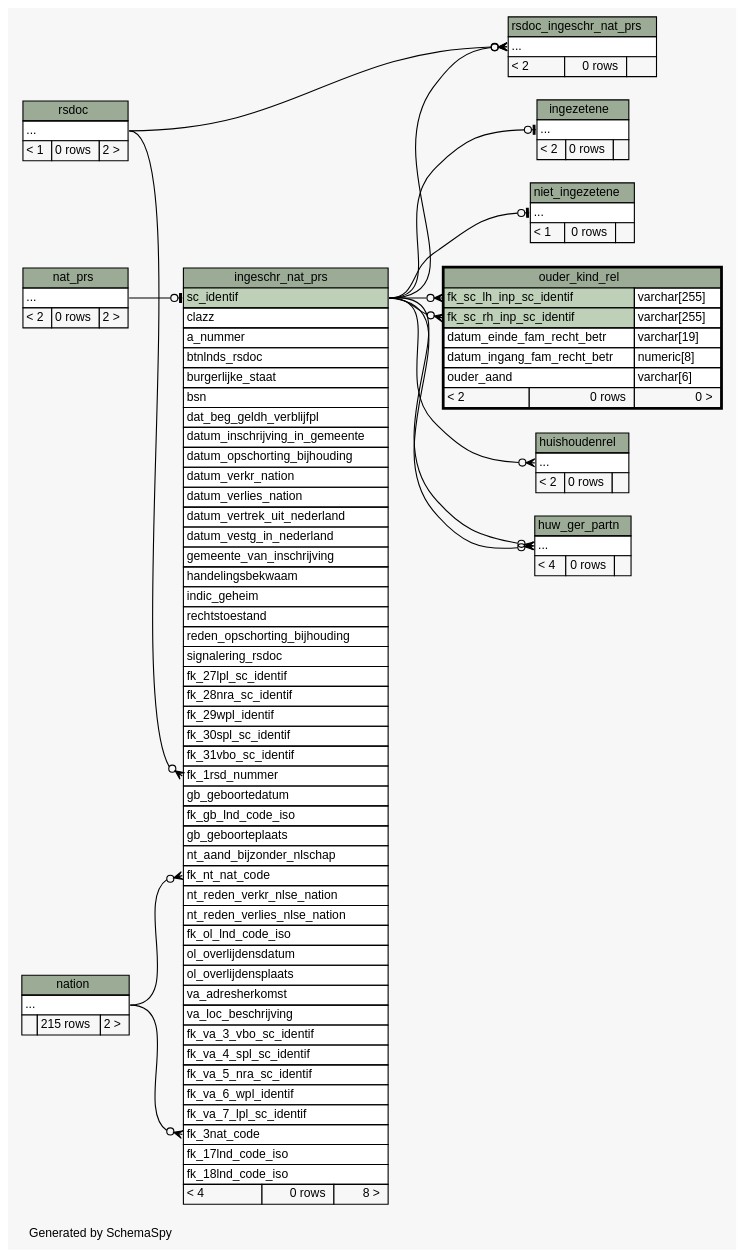
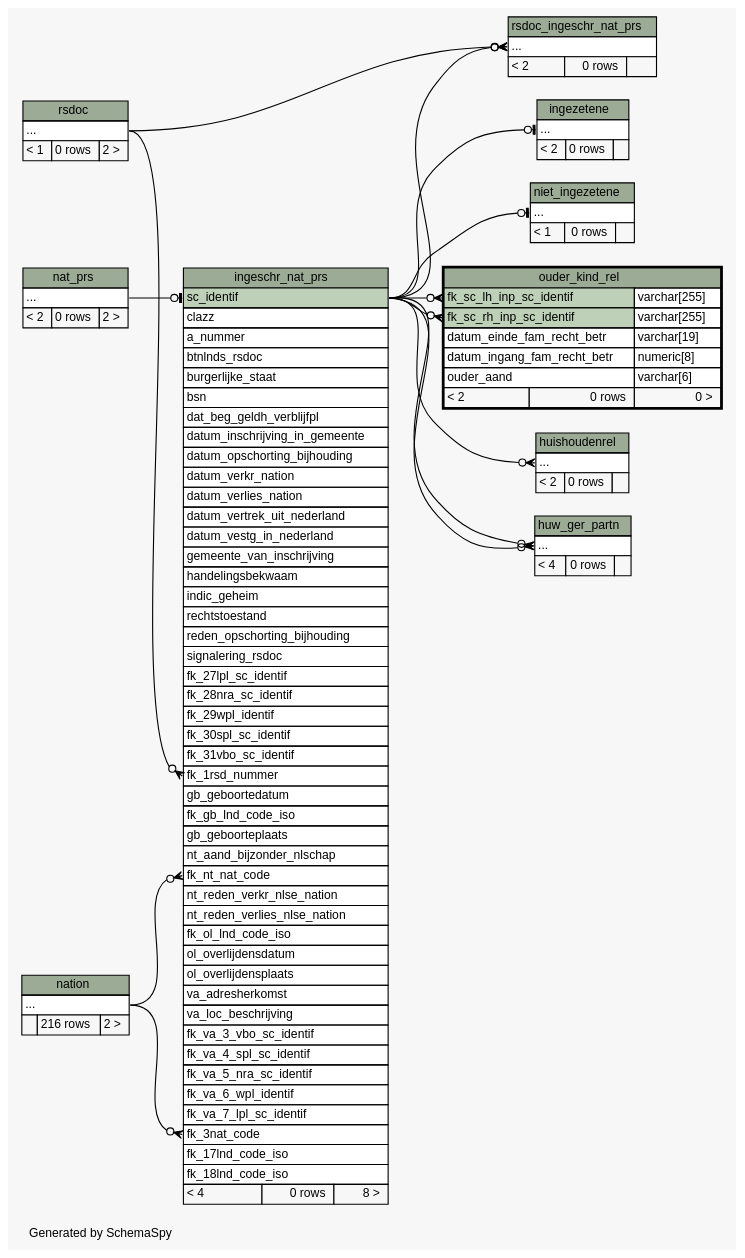
Before and after one commit to B3Partners/brmo: the diagram in datamodel/schemaspy/diagrams/ouder_kind_rel.2degrees.dot, drawn with Graphviz. The commit also changed 5920 other files, not shown here.

```diff
--- a/datamodel/schemaspy/diagrams/ouder_kind_rel.2degrees.dot
+++ b/datamodel/schemaspy/diagrams/ouder_kind_rel.2degrees.dot
@@ -1,183 +1,183 @@
-// dot 2.40.1 on Linux 5.0.0-36-generic
+// dot 2.40.1 on Linux 5.3.0-40-generic
 // SchemaSpy rev Unknown
 digraph "twoDegreesRelationshipsDiagram" {
   graph [
     rankdir="RL"
     bgcolor="#f7f7f7"
     label="\nGenerated by SchemaSpy"
     labeljust="l"
     nodesep="0.18"
     ranksep="0.46"
     fontname="Helvetica"
     fontsize="11"
   ];
   node [
     fontname="Helvetica"
     fontsize="11"
     shape="plaintext"
   ];
   edge [
     arrowsize="0.8"
   ];
   "huishoudenrel":"elipses":w -> "ingeschr_nat_prs":"sc_identif":e [arrowhead=none dir=back arrowtail=crowodot];
   "huw_ger_partn":"elipses":w -> "ingeschr_nat_prs":"sc_identif":e [arrowhead=none dir=back arrowtail=crowodot];
   "huw_ger_partn":"elipses":w -> "ingeschr_nat_prs":"sc_identif":e [arrowhead=none dir=back arrowtail=crowodot];
   "ingeschr_nat_prs":"fk_1rsd_nummer":w -> "rsdoc":"elipses":e [arrowhead=none dir=back arrowtail=crowodot];
   "ingeschr_nat_prs":"fk_3nat_code":w -> "nation":"elipses":e [arrowhead=none dir=back arrowtail=crowodot];
   "ingeschr_nat_prs":"fk_nt_nat_code":w -> "nation":"elipses":e [arrowhead=none dir=back arrowtail=crowodot];
   "ingeschr_nat_prs":"sc_identif":w -> "nat_prs":"elipses":e [arrowhead=none dir=back arrowtail=teeodot];
   "ingezetene":"elipses":w -> "ingeschr_nat_prs":"sc_identif":e [arrowhead=none dir=back arrowtail=teeodot];
   "niet_ingezetene":"elipses":w -> "ingeschr_nat_prs":"sc_identif":e [arrowhead=none dir=back arrowtail=teeodot];
   "ouder_kind_rel":"fk_sc_lh_inp_sc_identif":w -> "ingeschr_nat_prs":"sc_identif":e [arrowhead=none dir=back arrowtail=crowodot];
   "ouder_kind_rel":"fk_sc_rh_inp_sc_identif":w -> "ingeschr_nat_prs":"sc_identif":e [arrowhead=none dir=back arrowtail=crowodot];
   "rsdoc_ingeschr_nat_prs":"elipses":w -> "rsdoc":"elipses":e [arrowhead=none dir=back arrowtail=crowodot];
   "rsdoc_ingeschr_nat_prs":"elipses":w -> "ingeschr_nat_prs":"sc_identif":e [arrowhead=none dir=back arrowtail=crowodot];
   "huishoudenrel" [
     label=<
     <TABLE BORDER="0" CELLBORDER="1" CELLSPACING="0" BGCOLOR="#ffffff">
       <TR><TD COLSPAN="3" BGCOLOR="#9bab96" ALIGN="CENTER">huishoudenrel</TD></TR>
       <TR><TD PORT="elipses" COLSPAN="3" ALIGN="LEFT">...</TD></TR>
       <TR><TD ALIGN="LEFT" BGCOLOR="#f7f7f7">&lt; 2</TD><TD ALIGN="RIGHT" BGCOLOR="#f7f7f7">0 rows</TD><TD ALIGN="RIGHT" BGCOLOR="#f7f7f7">  </TD></TR>
     </TABLE>>
     URL="huishoudenrel.html"
     tooltip="huishoudenrel"
   ];
   "huw_ger_partn" [
     label=<
     <TABLE BORDER="0" CELLBORDER="1" CELLSPACING="0" BGCOLOR="#ffffff">
       <TR><TD COLSPAN="3" BGCOLOR="#9bab96" ALIGN="CENTER">huw_ger_partn</TD></TR>
       <TR><TD PORT="elipses" COLSPAN="3" ALIGN="LEFT">...</TD></TR>
       <TR><TD ALIGN="LEFT" BGCOLOR="#f7f7f7">&lt; 4</TD><TD ALIGN="RIGHT" BGCOLOR="#f7f7f7">0 rows</TD><TD ALIGN="RIGHT" BGCOLOR="#f7f7f7">  </TD></TR>
     </TABLE>>
     URL="huw_ger_partn.html"
     tooltip="huw_ger_partn"
   ];
   "ingeschr_nat_prs" [
     label=<
     <TABLE BORDER="0" CELLBORDER="1" CELLSPACING="0" BGCOLOR="#ffffff">
       <TR><TD COLSPAN="3" BGCOLOR="#9bab96" ALIGN="CENTER">ingeschr_nat_prs</TD></TR>
       <TR><TD PORT="sc_identif" COLSPAN="3" BGCOLOR="#bed1b8" ALIGN="LEFT">sc_identif</TD></TR>
       <TR><TD PORT="clazz" COLSPAN="3" ALIGN="LEFT">clazz</TD></TR>
       <TR><TD PORT="a_nummer" COLSPAN="3" ALIGN="LEFT">a_nummer</TD></TR>
       <TR><TD PORT="btnlnds_rsdoc" COLSPAN="3" ALIGN="LEFT">btnlnds_rsdoc</TD></TR>
       <TR><TD PORT="burgerlijke_staat" COLSPAN="3" ALIGN="LEFT">burgerlijke_staat</TD></TR>
       <TR><TD PORT="bsn" COLSPAN="3" ALIGN="LEFT">bsn</TD></TR>
       <TR><TD PORT="dat_beg_geldh_verblijfpl" COLSPAN="3" ALIGN="LEFT">dat_beg_geldh_verblijfpl</TD></TR>
       <TR><TD PORT="datum_inschrijving_in_gemeente" COLSPAN="3" ALIGN="LEFT">datum_inschrijving_in_gemeente</TD></TR>
       <TR><TD PORT="datum_opschorting_bijhouding" COLSPAN="3" ALIGN="LEFT">datum_opschorting_bijhouding</TD></TR>
       <TR><TD PORT="datum_verkr_nation" COLSPAN="3" ALIGN="LEFT">datum_verkr_nation</TD></TR>
       <TR><TD PORT="datum_verlies_nation" COLSPAN="3" ALIGN="LEFT">datum_verlies_nation</TD></TR>
       <TR><TD PORT="datum_vertrek_uit_nederland" COLSPAN="3" ALIGN="LEFT">datum_vertrek_uit_nederland</TD></TR>
       <TR><TD PORT="datum_vestg_in_nederland" COLSPAN="3" ALIGN="LEFT">datum_vestg_in_nederland</TD></TR>
       <TR><TD PORT="gemeente_van_inschrijving" COLSPAN="3" ALIGN="LEFT">gemeente_van_inschrijving</TD></TR>
       <TR><TD PORT="handelingsbekwaam" COLSPAN="3" ALIGN="LEFT">handelingsbekwaam</TD></TR>
       <TR><TD PORT="indic_geheim" COLSPAN="3" ALIGN="LEFT">indic_geheim</TD></TR>
       <TR><TD PORT="rechtstoestand" COLSPAN="3" ALIGN="LEFT">rechtstoestand</TD></TR>
       <TR><TD PORT="reden_opschorting_bijhouding" COLSPAN="3" ALIGN="LEFT">reden_opschorting_bijhouding</TD></TR>
       <TR><TD PORT="signalering_rsdoc" COLSPAN="3" ALIGN="LEFT">signalering_rsdoc</TD></TR>
       <TR><TD PORT="fk_27lpl_sc_identif" COLSPAN="3" ALIGN="LEFT">fk_27lpl_sc_identif</TD></TR>
       <TR><TD PORT="fk_28nra_sc_identif" COLSPAN="3" ALIGN="LEFT">fk_28nra_sc_identif</TD></TR>
       <TR><TD PORT="fk_29wpl_identif" COLSPAN="3" ALIGN="LEFT">fk_29wpl_identif</TD></TR>
       <TR><TD PORT="fk_30spl_sc_identif" COLSPAN="3" ALIGN="LEFT">fk_30spl_sc_identif</TD></TR>
       <TR><TD PORT="fk_31vbo_sc_identif" COLSPAN="3" ALIGN="LEFT">fk_31vbo_sc_identif</TD></TR>
       <TR><TD PORT="fk_1rsd_nummer" COLSPAN="3" ALIGN="LEFT">fk_1rsd_nummer</TD></TR>
       <TR><TD PORT="gb_geboortedatum" COLSPAN="3" ALIGN="LEFT">gb_geboortedatum</TD></TR>
       <TR><TD PORT="fk_gb_lnd_code_iso" COLSPAN="3" ALIGN="LEFT">fk_gb_lnd_code_iso</TD></TR>
       <TR><TD PORT="gb_geboorteplaats" COLSPAN="3" ALIGN="LEFT">gb_geboorteplaats</TD></TR>
       <TR><TD PORT="nt_aand_bijzonder_nlschap" COLSPAN="3" ALIGN="LEFT">nt_aand_bijzonder_nlschap</TD></TR>
       <TR><TD PORT="fk_nt_nat_code" COLSPAN="3" ALIGN="LEFT">fk_nt_nat_code</TD></TR>
       <TR><TD PORT="nt_reden_verkr_nlse_nation" COLSPAN="3" ALIGN="LEFT">nt_reden_verkr_nlse_nation</TD></TR>
       <TR><TD PORT="nt_reden_verlies_nlse_nation" COLSPAN="3" ALIGN="LEFT">nt_reden_verlies_nlse_nation</TD></TR>
       <TR><TD PORT="fk_ol_lnd_code_iso" COLSPAN="3" ALIGN="LEFT">fk_ol_lnd_code_iso</TD></TR>
       <TR><TD PORT="ol_overlijdensdatum" COLSPAN="3" ALIGN="LEFT">ol_overlijdensdatum</TD></TR>
       <TR><TD PORT="ol_overlijdensplaats" COLSPAN="3" ALIGN="LEFT">ol_overlijdensplaats</TD></TR>
       <TR><TD PORT="va_adresherkomst" COLSPAN="3" ALIGN="LEFT">va_adresherkomst</TD></TR>
       <TR><TD PORT="va_loc_beschrijving" COLSPAN="3" ALIGN="LEFT">va_loc_beschrijving</TD></TR>
       <TR><TD PORT="fk_va_3_vbo_sc_identif" COLSPAN="3" ALIGN="LEFT">fk_va_3_vbo_sc_identif</TD></TR>
       <TR><TD PORT="fk_va_4_spl_sc_identif" COLSPAN="3" ALIGN="LEFT">fk_va_4_spl_sc_identif</TD></TR>
       <TR><TD PORT="fk_va_5_nra_sc_identif" COLSPAN="3" ALIGN="LEFT">fk_va_5_nra_sc_identif</TD></TR>
       <TR><TD PORT="fk_va_6_wpl_identif" COLSPAN="3" ALIGN="LEFT">fk_va_6_wpl_identif</TD></TR>
       <TR><TD PORT="fk_va_7_lpl_sc_identif" COLSPAN="3" ALIGN="LEFT">fk_va_7_lpl_sc_identif</TD></TR>
       <TR><TD PORT="fk_3nat_code" COLSPAN="3" ALIGN="LEFT">fk_3nat_code</TD></TR>
       <TR><TD PORT="fk_17lnd_code_iso" COLSPAN="3" ALIGN="LEFT">fk_17lnd_code_iso</TD></TR>
       <TR><TD PORT="fk_18lnd_code_iso" COLSPAN="3" ALIGN="LEFT">fk_18lnd_code_iso</TD></TR>
       <TR><TD ALIGN="LEFT" BGCOLOR="#f7f7f7">&lt; 4</TD><TD ALIGN="RIGHT" BGCOLOR="#f7f7f7">0 rows</TD><TD ALIGN="RIGHT" BGCOLOR="#f7f7f7">8 &gt;</TD></TR>
     </TABLE>>
     URL="ingeschr_nat_prs.html"
     tooltip="ingeschr_nat_prs"
   ];
   "ingezetene" [
     label=<
     <TABLE BORDER="0" CELLBORDER="1" CELLSPACING="0" BGCOLOR="#ffffff">
       <TR><TD COLSPAN="3" BGCOLOR="#9bab96" ALIGN="CENTER">ingezetene</TD></TR>
       <TR><TD PORT="elipses" COLSPAN="3" ALIGN="LEFT">...</TD></TR>
       <TR><TD ALIGN="LEFT" BGCOLOR="#f7f7f7">&lt; 2</TD><TD ALIGN="RIGHT" BGCOLOR="#f7f7f7">0 rows</TD><TD ALIGN="RIGHT" BGCOLOR="#f7f7f7">  </TD></TR>
     </TABLE>>
     URL="ingezetene.html"
     tooltip="ingezetene"
   ];
   "nat_prs" [
     label=<
     <TABLE BORDER="0" CELLBORDER="1" CELLSPACING="0" BGCOLOR="#ffffff">
       <TR><TD COLSPAN="3" BGCOLOR="#9bab96" ALIGN="CENTER">nat_prs</TD></TR>
       <TR><TD PORT="elipses" COLSPAN="3" ALIGN="LEFT">...</TD></TR>
       <TR><TD ALIGN="LEFT" BGCOLOR="#f7f7f7">&lt; 2</TD><TD ALIGN="RIGHT" BGCOLOR="#f7f7f7">0 rows</TD><TD ALIGN="RIGHT" BGCOLOR="#f7f7f7">2 &gt;</TD></TR>
     </TABLE>>
     URL="nat_prs.html"
     tooltip="nat_prs"
   ];
   "nation" [
     label=<
     <TABLE BORDER="0" CELLBORDER="1" CELLSPACING="0" BGCOLOR="#ffffff">
       <TR><TD COLSPAN="3" BGCOLOR="#9bab96" ALIGN="CENTER">nation</TD></TR>
       <TR><TD PORT="elipses" COLSPAN="3" ALIGN="LEFT">...</TD></TR>
-      <TR><TD ALIGN="LEFT" BGCOLOR="#f7f7f7">  </TD><TD ALIGN="RIGHT" BGCOLOR="#f7f7f7">215 rows</TD><TD ALIGN="RIGHT" BGCOLOR="#f7f7f7">2 &gt;</TD></TR>
+      <TR><TD ALIGN="LEFT" BGCOLOR="#f7f7f7">  </TD><TD ALIGN="RIGHT" BGCOLOR="#f7f7f7">216 rows</TD><TD ALIGN="RIGHT" BGCOLOR="#f7f7f7">2 &gt;</TD></TR>
     </TABLE>>
     URL="nation.html"
     tooltip="nation"
   ];
   "niet_ingezetene" [
     label=<
     <TABLE BORDER="0" CELLBORDER="1" CELLSPACING="0" BGCOLOR="#ffffff">
       <TR><TD COLSPAN="3" BGCOLOR="#9bab96" ALIGN="CENTER">niet_ingezetene</TD></TR>
       <TR><TD PORT="elipses" COLSPAN="3" ALIGN="LEFT">...</TD></TR>
       <TR><TD ALIGN="LEFT" BGCOLOR="#f7f7f7">&lt; 1</TD><TD ALIGN="RIGHT" BGCOLOR="#f7f7f7">0 rows</TD><TD ALIGN="RIGHT" BGCOLOR="#f7f7f7">  </TD></TR>
     </TABLE>>
     URL="niet_ingezetene.html"
     tooltip="niet_ingezetene"
   ];
   "ouder_kind_rel" [
     label=<
     <TABLE BORDER="2" CELLBORDER="1" CELLSPACING="0" BGCOLOR="#ffffff">
       <TR><TD COLSPAN="3" BGCOLOR="#9bab96" ALIGN="CENTER">ouder_kind_rel</TD></TR>
       <TR><TD PORT="fk_sc_lh_inp_sc_identif" COLSPAN="2" BGCOLOR="#bed1b8" ALIGN="LEFT">fk_sc_lh_inp_sc_identif</TD><TD PORT="fk_sc_lh_inp_sc_identif.type" ALIGN="LEFT">varchar[255]</TD></TR>
       <TR><TD PORT="fk_sc_rh_inp_sc_identif" COLSPAN="2" BGCOLOR="#bed1b8" ALIGN="LEFT">fk_sc_rh_inp_sc_identif</TD><TD PORT="fk_sc_rh_inp_sc_identif.type" ALIGN="LEFT">varchar[255]</TD></TR>
       <TR><TD PORT="datum_einde_fam_recht_betr" COLSPAN="2" ALIGN="LEFT">datum_einde_fam_recht_betr</TD><TD PORT="datum_einde_fam_recht_betr.type" ALIGN="LEFT">varchar[19]</TD></TR>
       <TR><TD PORT="datum_ingang_fam_recht_betr" COLSPAN="2" ALIGN="LEFT">datum_ingang_fam_recht_betr</TD><TD PORT="datum_ingang_fam_recht_betr.type" ALIGN="LEFT">numeric[8]</TD></TR>
       <TR><TD PORT="ouder_aand" COLSPAN="2" ALIGN="LEFT">ouder_aand</TD><TD PORT="ouder_aand.type" ALIGN="LEFT">varchar[6]</TD></TR>
       <TR><TD ALIGN="LEFT" BGCOLOR="#f7f7f7">&lt; 2</TD><TD ALIGN="RIGHT" BGCOLOR="#f7f7f7">0 rows</TD><TD ALIGN="RIGHT" BGCOLOR="#f7f7f7">0 &gt;</TD></TR>
     </TABLE>>
     URL="ouder_kind_rel.html"
     tooltip="ouder_kind_rel"
   ];
   "rsdoc" [
     label=<
     <TABLE BORDER="0" CELLBORDER="1" CELLSPACING="0" BGCOLOR="#ffffff">
       <TR><TD COLSPAN="3" BGCOLOR="#9bab96" ALIGN="CENTER">rsdoc</TD></TR>
       <TR><TD PORT="elipses" COLSPAN="3" ALIGN="LEFT">...</TD></TR>
       <TR><TD ALIGN="LEFT" BGCOLOR="#f7f7f7">&lt; 1</TD><TD ALIGN="RIGHT" BGCOLOR="#f7f7f7">0 rows</TD><TD ALIGN="RIGHT" BGCOLOR="#f7f7f7">2 &gt;</TD></TR>
     </TABLE>>
     URL="rsdoc.html"
     tooltip="rsdoc"
   ];
   "rsdoc_ingeschr_nat_prs" [
     label=<
     <TABLE BORDER="0" CELLBORDER="1" CELLSPACING="0" BGCOLOR="#ffffff">
       <TR><TD COLSPAN="3" BGCOLOR="#9bab96" ALIGN="CENTER">rsdoc_ingeschr_nat_prs</TD></TR>
       <TR><TD PORT="elipses" COLSPAN="3" ALIGN="LEFT">...</TD></TR>
       <TR><TD ALIGN="LEFT" BGCOLOR="#f7f7f7">&lt; 2</TD><TD ALIGN="RIGHT" BGCOLOR="#f7f7f7">0 rows</TD><TD ALIGN="RIGHT" BGCOLOR="#f7f7f7">  </TD></TR>
     </TABLE>>
     URL="rsdoc_ingeschr_nat_prs.html"
     tooltip="rsdoc_ingeschr_nat_prs"
   ];
 }
```
